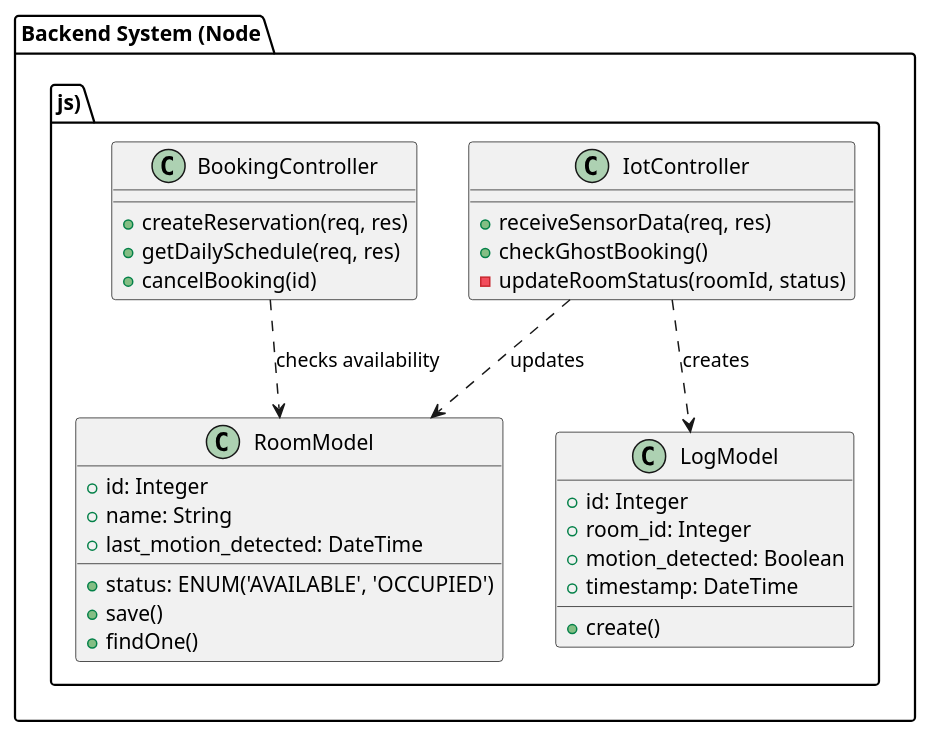
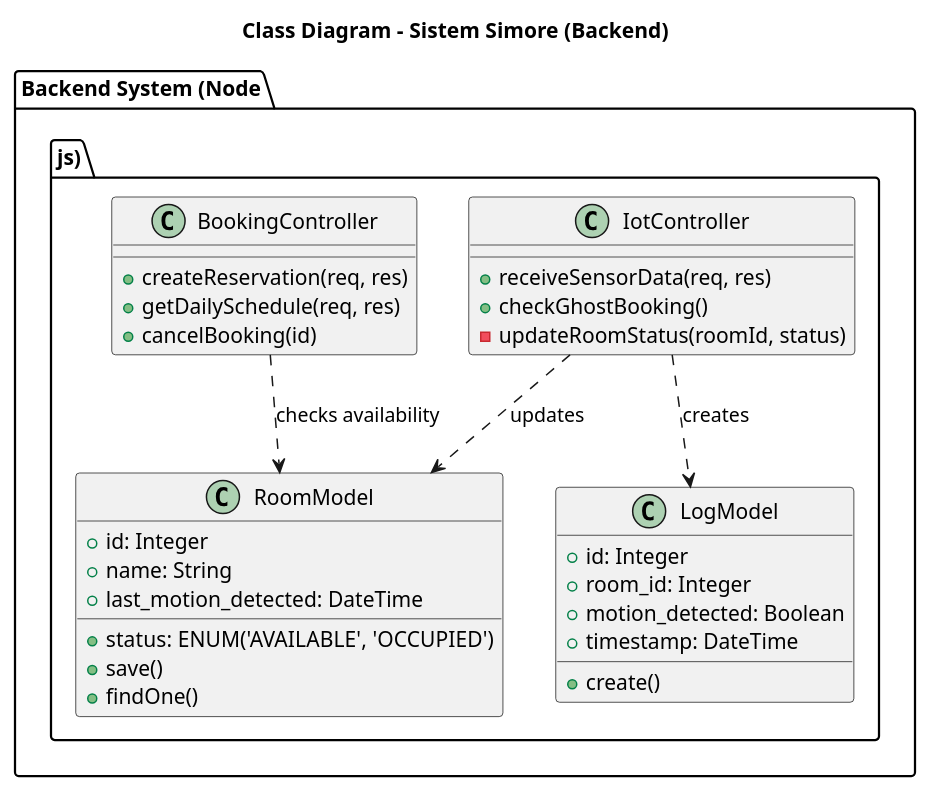
Before and after one commit to A-PPAW-TI503P-2025/PROJECT_KELOMPOK5_HUMAN-BODY: the diagram in ClassDiagram.puml, drawn with PlantUML. The commit also changed 4 other files, not shown here.

Commit message:
Menambahkan Title pada diagram

```diff
--- a/ClassDiagram.puml
+++ b/ClassDiagram.puml
@@ -1,37 +1,40 @@
 @startuml
+title Class Diagram - Sistem Simore (Backend)
+
 package "Backend System (Node.js)" {
     
     class IotController {
         +receiveSensorData(req, res)
         +checkGhostBooking()
         -updateRoomStatus(roomId, status)
     }
 
     class BookingController {
         +createReservation(req, res)
         +getDailySchedule(req, res)
         +cancelBooking(id)
     }
 
     class RoomModel {
         +id: Integer
         +name: String
         +status: ENUM('AVAILABLE', 'OCCUPIED')
         +last_motion_detected: DateTime
         +save()
         +findOne()
     }
 
     class LogModel {
         +id: Integer
         +room_id: Integer
         +motion_detected: Boolean
         +timestamp: DateTime
         +create()
     }
 
     IotController ..> RoomModel : updates
     IotController ..> LogModel : creates
     BookingController ..> RoomModel : checks availability
 }
+
 @enduml
```
